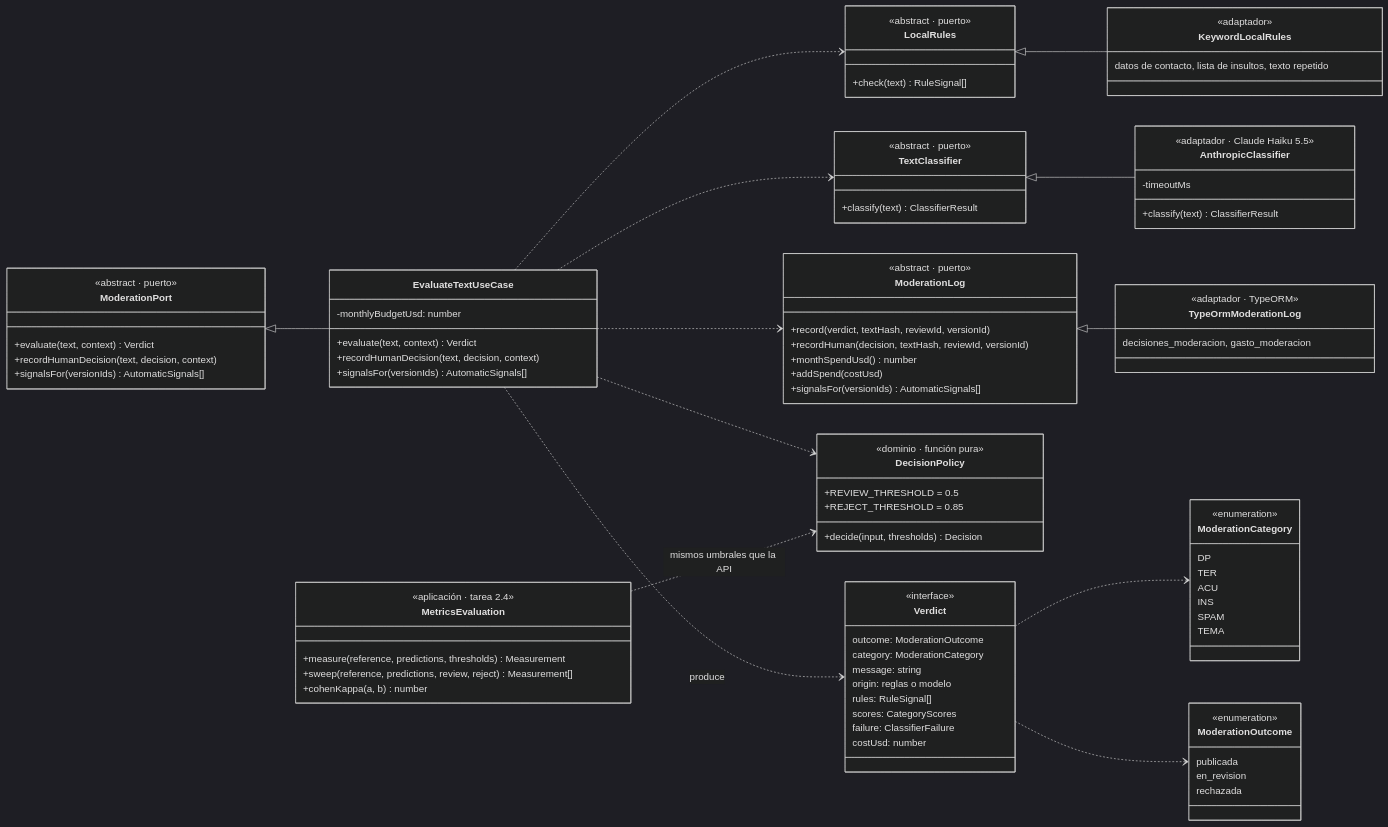
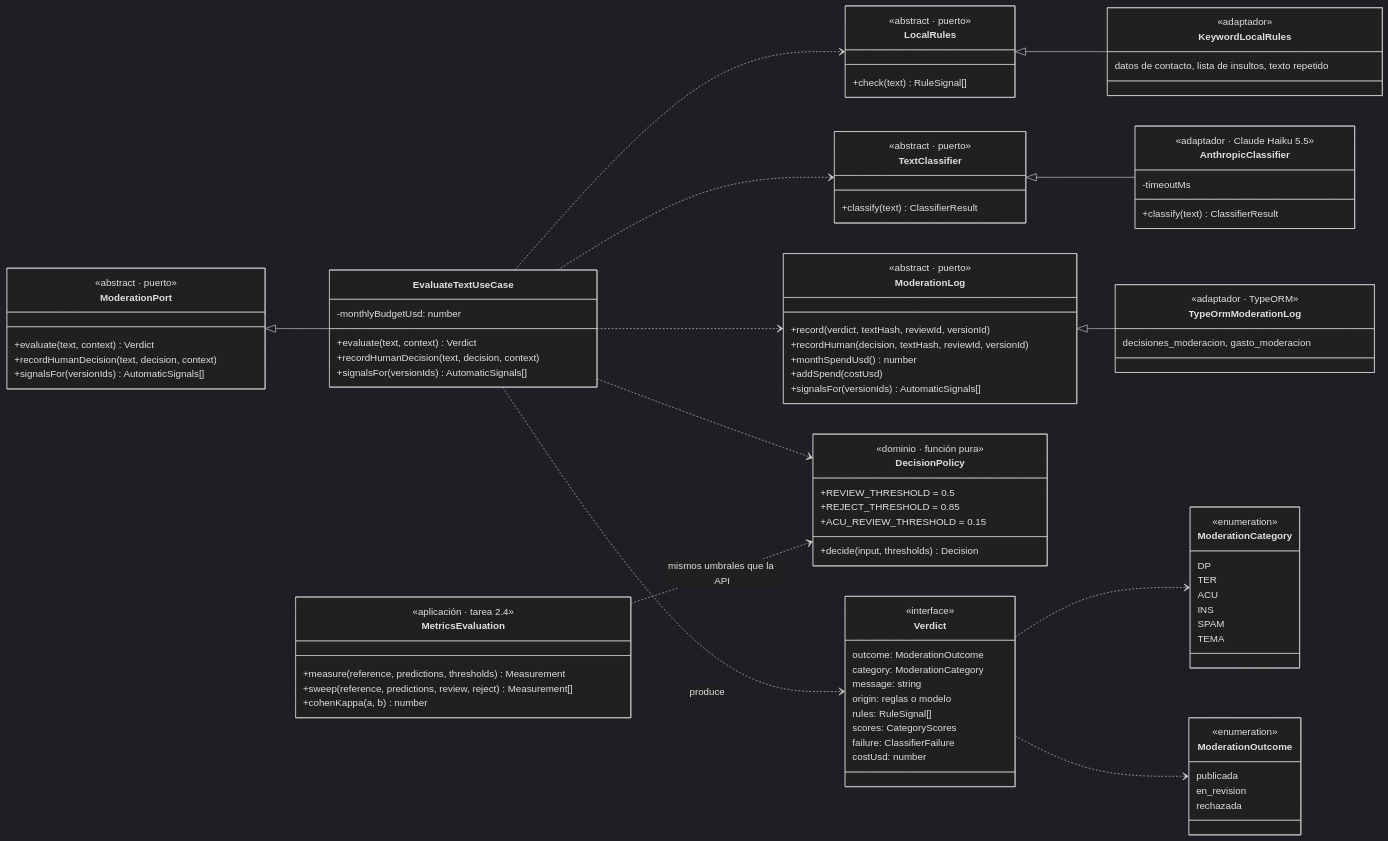
The diagram in docs/diagramas/clases-moderation.mmd (melgasteff/mbaapohara-backend), drawn with Mermaid (dark theme) before and after one commit. The commit also changed 8 other files, not shown here.

```diff
--- a/docs/diagramas/clases-moderation.mmd
+++ b/docs/diagramas/clases-moderation.mmd
@@ -1,99 +1,100 @@
 %% Diagrama de clases del módulo moderation (módulo completo, Anexo D). El caso de uso implementa ModerationPort, que
 %% es lo único que ven los demás módulos. Cambiar de proveedor de PLN es cambiar el adaptador de TextClassifier.
 classDiagram
     direction LR
 
     class ModerationPort {
         <<abstract · puerto>>
         +evaluate(text, context) Verdict
         +recordHumanDecision(text, decision, context)
         +signalsFor(versionIds) AutomaticSignals[]
     }
     class LocalRules {
         <<abstract · puerto>>
         +check(text) RuleSignal[]
     }
     class TextClassifier {
         <<abstract · puerto>>
         +classify(text) ClassifierResult
     }
     class ModerationLog {
         <<abstract · puerto>>
         +record(verdict, textHash, reviewId, versionId)
         +recordHuman(decision, textHash, reviewId, versionId)
         +monthSpendUsd() number
         +addSpend(costUsd)
         +signalsFor(versionIds) AutomaticSignals[]
     }
 
     class EvaluateTextUseCase {
         -monthlyBudgetUsd: number
         +evaluate(text, context) Verdict
         +recordHumanDecision(text, decision, context)
         +signalsFor(versionIds) AutomaticSignals[]
     }
     class DecisionPolicy {
         <<dominio · función pura>>
         +REVIEW_THRESHOLD = 0.5
         +REJECT_THRESHOLD = 0.85
+        +ACU_REVIEW_THRESHOLD = 0.15
         +decide(input, thresholds) Decision
     }
     class Verdict {
         <<interface>>
         outcome: ModerationOutcome
         category: ModerationCategory
         message: string
         origin: reglas o modelo
         rules: RuleSignal[]
         scores: CategoryScores
         failure: ClassifierFailure
         costUsd: number
     }
     class ModerationCategory {
         <<enumeration>>
         DP
         TER
         ACU
         INS
         SPAM
         TEMA
     }
     class ModerationOutcome {
         <<enumeration>>
         publicada
         en_revision
         rechazada
     }
 
     class KeywordLocalRules {
         <<adaptador>>
         datos de contacto, lista de insultos, texto repetido
     }
     class AnthropicClassifier {
         <<adaptador · Claude Haiku 5.5>>
         -timeoutMs
         +classify(text) ClassifierResult
     }
     class TypeOrmModerationLog {
         <<adaptador · TypeORM>>
         decisiones_moderacion, gasto_moderacion
     }
     class MetricsEvaluation {
         <<aplicación · tarea 2.4>>
         +measure(reference, predictions, thresholds) Measurement
         +sweep(reference, predictions, review, reject) Measurement[]
         +cohenKappa(a, b) number
     }
 
     ModerationPort <|-- EvaluateTextUseCase
     EvaluateTextUseCase ..> LocalRules
     EvaluateTextUseCase ..> TextClassifier
     EvaluateTextUseCase ..> ModerationLog
     EvaluateTextUseCase ..> DecisionPolicy
     EvaluateTextUseCase ..> Verdict : produce
     Verdict ..> ModerationCategory
     Verdict ..> ModerationOutcome
     LocalRules <|-- KeywordLocalRules
     TextClassifier <|-- AnthropicClassifier
     ModerationLog <|-- TypeOrmModerationLog
     MetricsEvaluation ..> DecisionPolicy : mismos umbrales que la API
```
